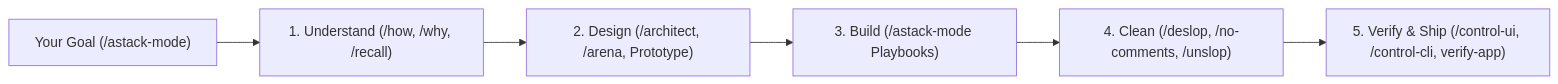
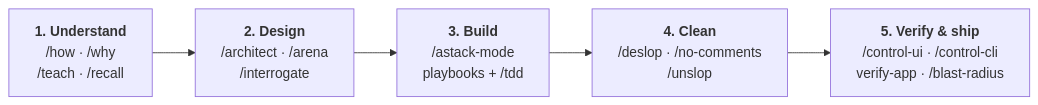
Before and after one commit to jmxt3/astack: the second of 2 diagrams in docs/user-guide.md, drawn with Mermaid. The commit also changed other lines of this file and 15 other files, not shown here.

````diff
--- a/docs/user-guide.md
+++ b/docs/user-guide.md
@@ -55,8 +126,20 @@
 ```mermaid
 flowchart LR
-    G["Your Goal (/astack-mode)"] --> U["1. Understand (/how, /why, /recall)"]
-    U --> D["2. Design (/architect, /arena, Prototype)"]
-    D --> B["3. Build (/astack-mode Playbooks)"]
-    B --> C["4. Clean (/deslop, /no-comments, /unslop)"]
-    C --> V["5. Verify & Ship (/control-ui, /control-cli, verify-app)"]
+    S1["`**1. Understand**
+/how · /why
+/teach · /recall`"]
+    S2["`**2. Design**
+/architect · /arena
+/interrogate`"]
+    S3["`**3. Build**
+/astack-mode
+playbooks + /tdd`"]
+    S4["`**4. Clean**
+/deslop · /no-comments
+/unslop`"]
+    S5["`**5. Verify & ship**
+/control-ui · /control-cli
+verify-app · /blast-radius`"]
+
+    S1 --> S2 --> S3 --> S4 --> S5
 ```
````
